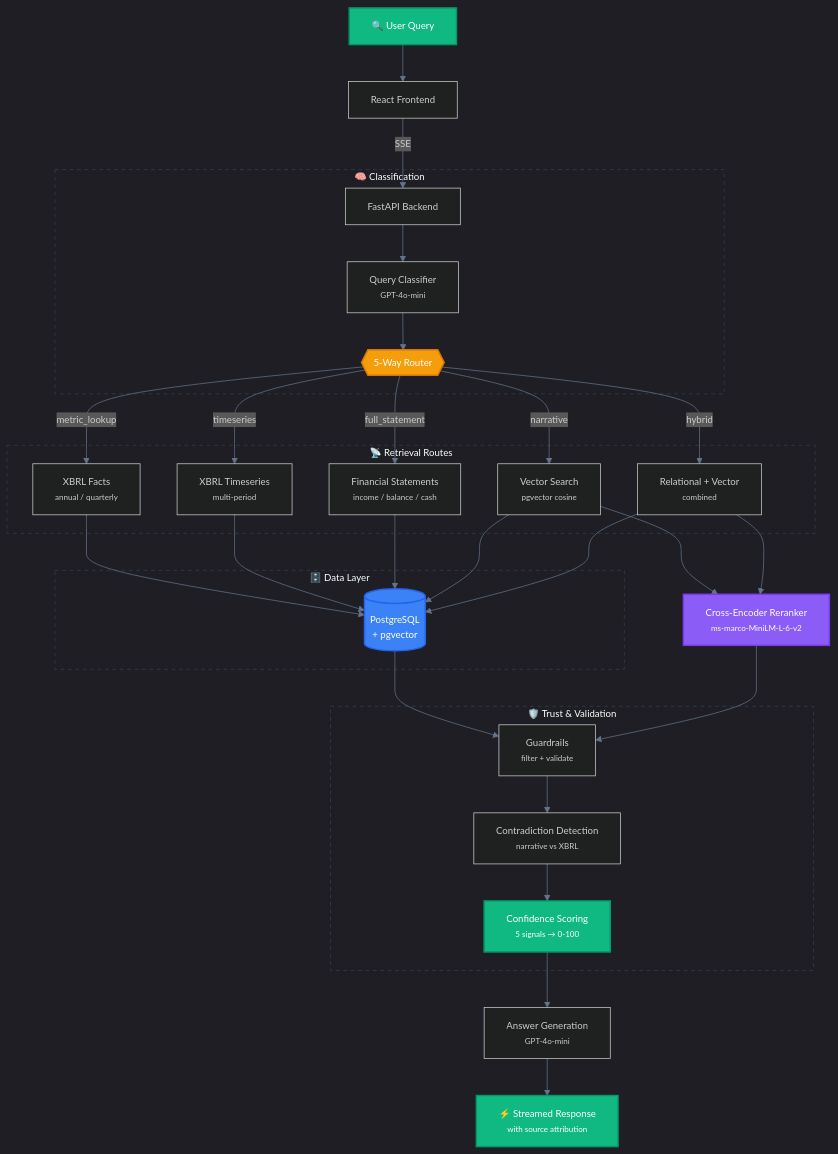
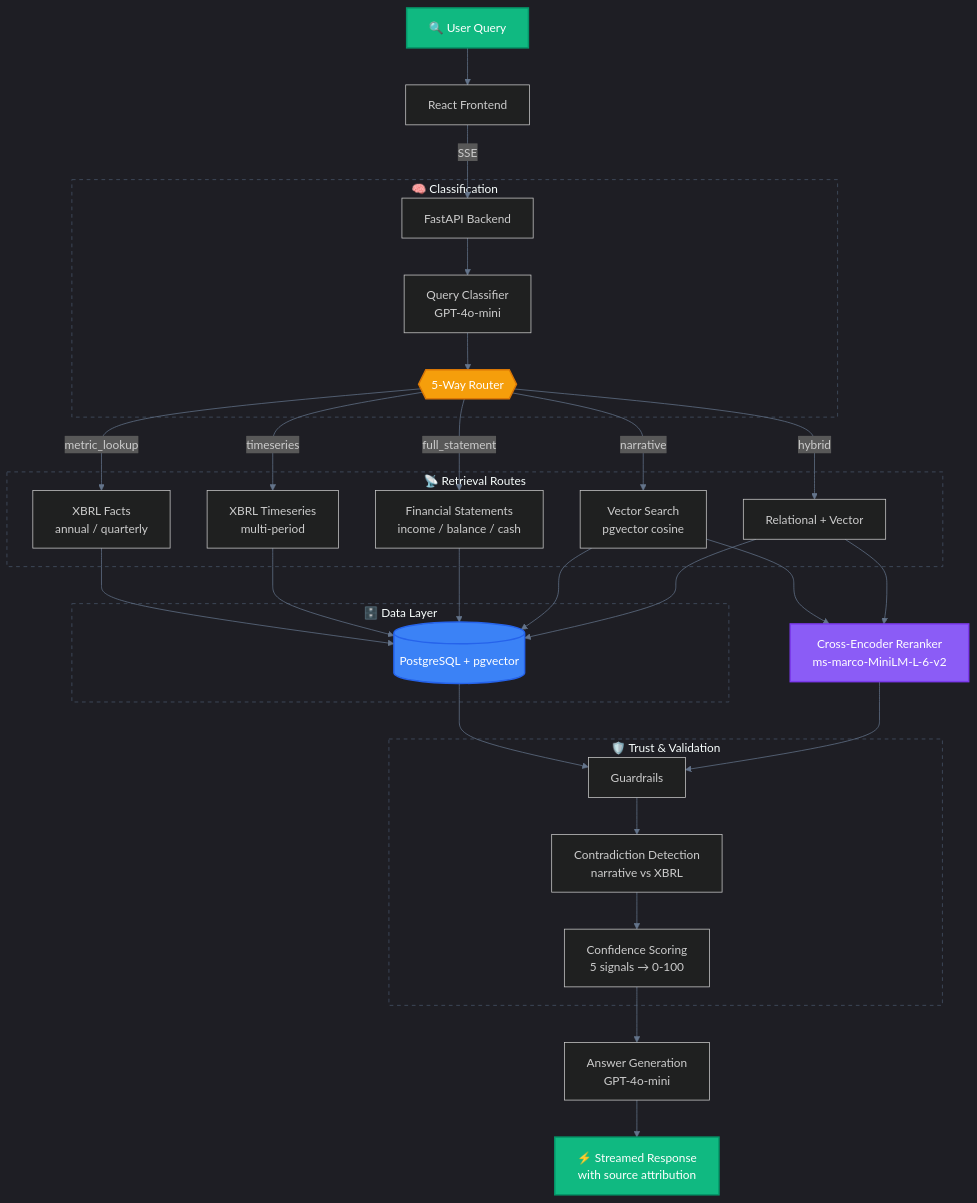
One commit to bhattaraisubal-eng/sec-intelligence-system changed the first of 2 diagrams in README.md. Above: the diagram before and after it, drawn with Mermaid. The commit also changed other lines of this file and 3 other files, not shown here.

First line of the commit message:
Fix Mermaid diagram text cutoff - remove unsupported HTML tags

````diff
--- a/README.md
+++ b/README.md
@@ -73,61 +73,59 @@
 ```mermaid
-%%{init: {'theme': 'dark', 'themeVariables': {'primaryColor': '#1e293b', 'primaryBorderColor': '#475569', 'lineColor': '#64748b', 'fontFamily': 'ui-monospace, monospace', 'fontSize': '13px'}}}%%
+%%{init: {'theme': 'dark', 'themeVariables': {'primaryColor': '#1e293b', 'primaryBorderColor': '#475569', 'lineColor': '#64748b'}}}%%
 graph TD
     A["🔍 User Query"] --> B["React Frontend"]
     B -->|"SSE"| C["FastAPI Backend"]
 
-    subgraph classification ["🧠 Classification"]
-        C --> D["Query Classifier<br/><small>GPT-4o-mini</small>"]
+    subgraph classification [" 🧠 Classification "]
+        C --> D["Query Classifier<br/>GPT-4o-mini"]
         D --> E{{"5-Way Router"}}
     end
 
-    subgraph retrieval ["📡 Retrieval Routes"]
-        E -->|"metric_lookup"| F["XBRL Facts<br/><small>annual / quarterly</small>"]
-        E -->|"timeseries"| G["XBRL Timeseries<br/><small>multi-period</small>"]
-        E -->|"full_statement"| H["Financial Statements<br/><small>income / balance / cash</small>"]
-        E -->|"narrative"| I["Vector Search<br/><small>pgvector cosine</small>"]
-        E -->|"hybrid"| J["Relational + Vector<br/><small>combined</small>"]
+    subgraph retrieval [" 📡 Retrieval Routes "]
+        E -->|"metric_lookup"| F["XBRL Facts<br/>annual / quarterly"]
+        E -->|"timeseries"| G["XBRL Timeseries<br/>multi-period"]
+        E -->|"full_statement"| H["Financial Statements<br/>income / balance / cash"]
+        E -->|"narrative"| I["Vector Search<br/>pgvector cosine"]
+        E -->|"hybrid"| J["Relational + Vector"]
     end
 
-    subgraph storage ["🗄️ Data Layer"]
-        K[("PostgreSQL<br/>+ pgvector")]
+    subgraph storage [" 🗄️ Data Layer "]
+        K[("PostgreSQL + pgvector")]
     end
 
     F --> K
     G --> K
     H --> K
     I --> K
     J --> K
 
-    I --> L["Cross-Encoder Reranker<br/><small>ms-marco-MiniLM-L-6-v2</small>"]
+    I --> L["Cross-Encoder Reranker<br/>ms-marco-MiniLM-L-6-v2"]
     J --> L
 
-    subgraph trust ["🛡️ Trust & Validation"]
-        M["Guardrails<br/><small>filter + validate</small>"]
-        M --> N["Contradiction Detection<br/><small>narrative vs XBRL</small>"]
-        N --> O["Confidence Scoring<br/><small>5 signals → 0-100</small>"]
+    subgraph trust [" 🛡️ Trust & Validation "]
+        M["Guardrails"]
+        M --> N["Contradiction Detection<br/>narrative vs XBRL"]
+        N --> O["Confidence Scoring<br/>5 signals → 0-100"]
     end
 
     K --> M
     L --> M
 
-    O --> P["Answer Generation<br/><small>GPT-4o-mini</small>"]
-    P --> Q["⚡ Streamed Response<br/><small>with source attribution</small>"]
+    O --> P["Answer Generation<br/>GPT-4o-mini"]
+    P --> Q["⚡ Streamed Response<br/>with source attribution"]
 
     classDef input fill:#10b981,stroke:#059669,color:#fff,stroke-width:2px
     classDef router fill:#f59e0b,stroke:#d97706,color:#fff,stroke-width:2px
     classDef db fill:#3b82f6,stroke:#2563eb,color:#fff,stroke-width:2px
     classDef ml fill:#8b5cf6,stroke:#7c3aed,color:#fff,stroke-width:2px
-    classDef output fill:#10b981,stroke:#059669,color:#fff,stroke-width:2px
 
     class A,Q input
     class E router
     class K db
     class L ml
-    class O output
 
-    style classification fill:transparent,stroke:#334155,stroke-width:1px,stroke-dasharray:5 5
-    style retrieval fill:transparent,stroke:#334155,stroke-width:1px,stroke-dasharray:5 5
-    style storage fill:transparent,stroke:#334155,stroke-width:1px,stroke-dasharray:5 5
-    style trust fill:transparent,stroke:#334155,stroke-width:1px,stroke-dasharray:5 5
+    style classification fill:transparent,stroke:#475569,stroke-width:1px,stroke-dasharray:5 5
+    style retrieval fill:transparent,stroke:#475569,stroke-width:1px,stroke-dasharray:5 5
+    style storage fill:transparent,stroke:#475569,stroke-width:1px,stroke-dasharray:5 5
+    style trust fill:transparent,stroke:#475569,stroke-width:1px,stroke-dasharray:5 5
 ```
````
